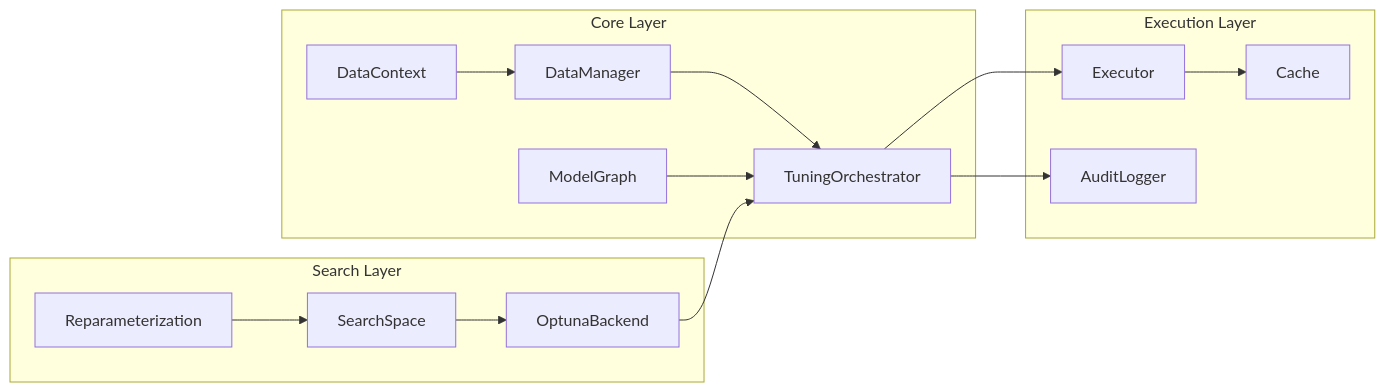
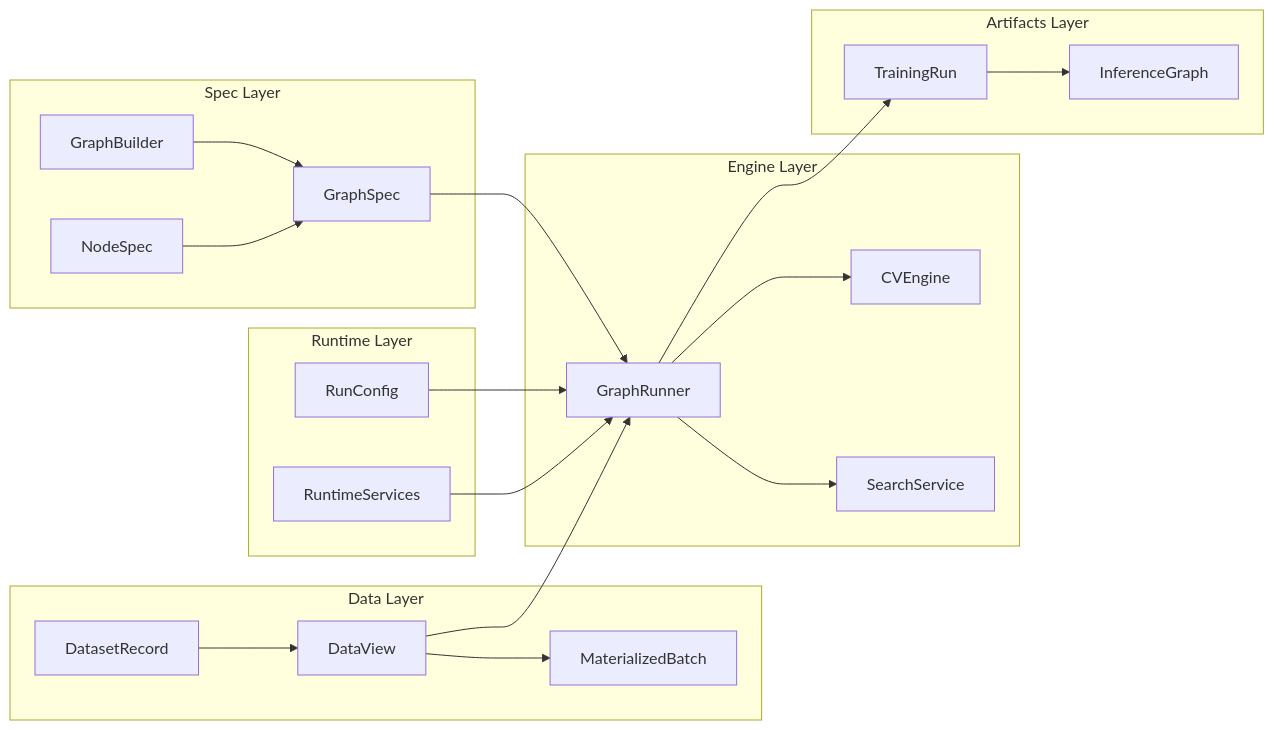
The second of 2 diagrams in docs/index.md (caldred/auto-sklearn), drawn with Mermaid before and after one commit. The commit also changed other lines of this file and 123 other files, not shown here.

````diff
--- a/docs/index.md
+++ b/docs/index.md
@@ -79,31 +80,43 @@
 ```mermaid
 graph LR
-    subgraph "Core Layer"
-        DC[DataContext]
-        DM[DataManager]
-        MG[ModelGraph]
-        TO[TuningOrchestrator]
+    subgraph "Spec Layer"
+        GS[GraphSpec]
+        NS[NodeSpec]
+        GB[GraphBuilder]
     end
 
-    subgraph "Search Layer"
-        SS[SearchSpace]
-        OB[OptunaBackend]
-        RP[Reparameterization]
+    subgraph "Data Layer"
+        DV[DataView]
+        DR[DatasetRecord]
+        MB[MaterializedBatch]
     end
 
-    subgraph "Execution Layer"
-        EX[Executor]
-        CA[Cache]
-        AU[AuditLogger]
+    subgraph "Runtime Layer"
+        RC[RunConfig]
+        RS[RuntimeServices]
     end
 
-    DC --> DM
-    DM --> TO
-    MG --> TO
-    SS --> OB
-    RP --> SS
-    OB --> TO
-    TO --> EX
-    EX --> CA
-    TO --> AU
+    subgraph "Engine Layer"
+        GR[GraphRunner]
+        CV[CVEngine]
+        SS[SearchService]
+    end
+
+    subgraph "Artifacts Layer"
+        TR[TrainingRun]
+        IG[InferenceGraph]
+    end
+
+    GB --> GS
+    NS --> GS
+    DR --> DV
+    DV --> MB
+    GS --> GR
+    DV --> GR
+    RC --> GR
+    RS --> GR
+    GR --> CV
+    GR --> SS
+    GR --> TR
+    TR --> IG
 ```
````
